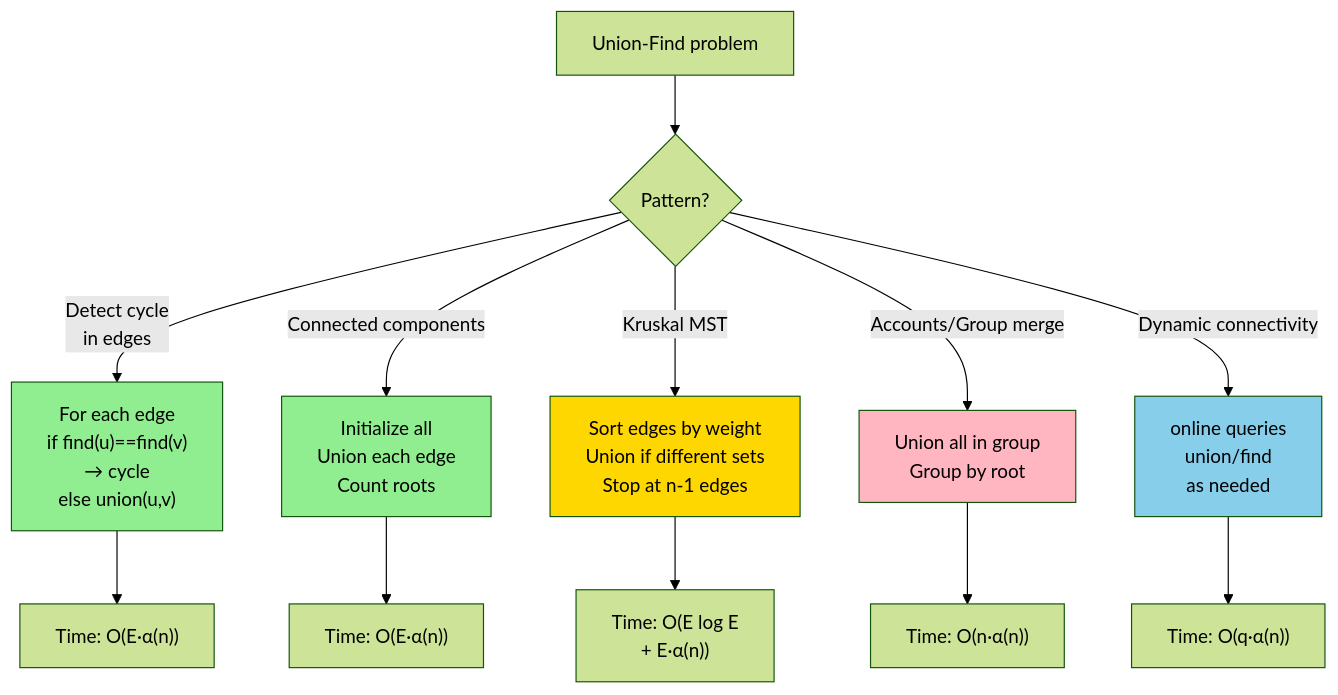
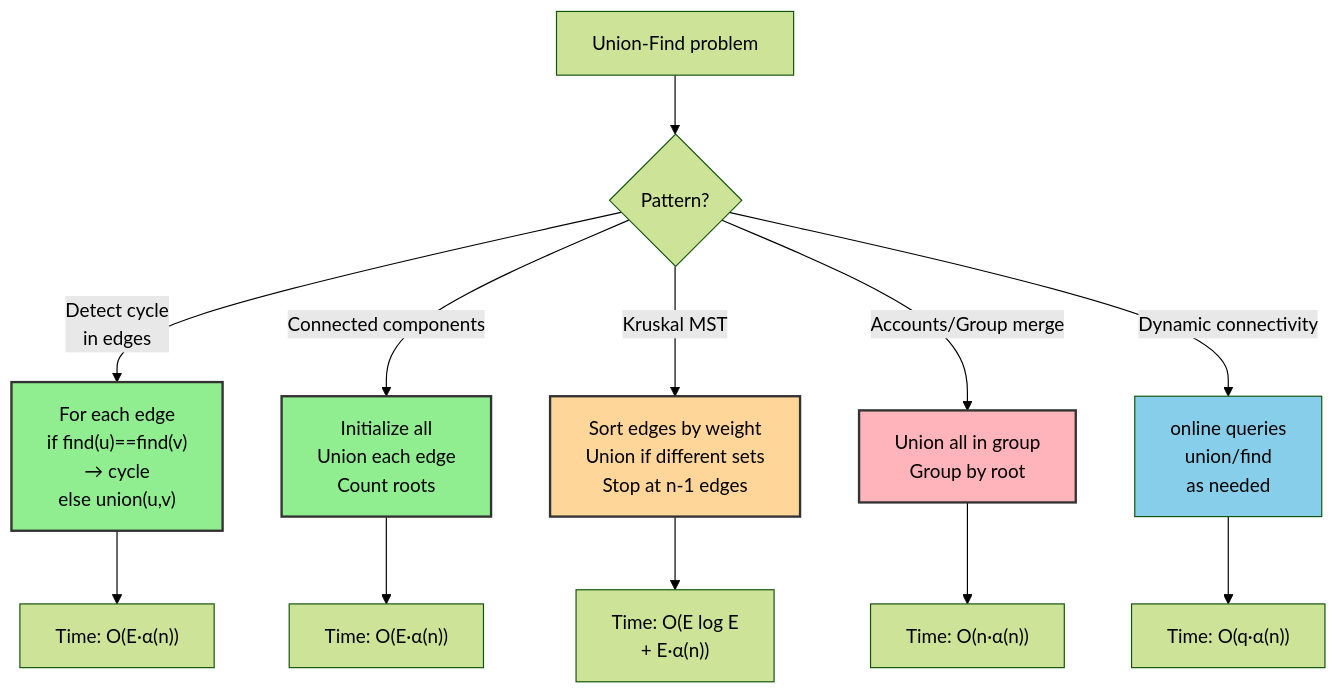
The fourth of 4 diagrams in docs/advanced/union_find.md (souradeepta/interviewprep), drawn with Mermaid (forest theme) before and after one commit. The commit also changed other lines of this file and 31 other files, not shown here.

Commit message:
updated graphs

````diff
--- a/docs/advanced/union_find.md
+++ b/docs/advanced/union_find.md
@@ -95,26 +95,26 @@
 ```mermaid
 graph TD
     A["Union-Find problem"] --> B{"Pattern?"}
     
     B -->|Detect cycle<br/>in edges| C["For each edge<br/>if find(u)==find(v)<br/>→ cycle<br/>else union(u,v)"]
     
     B -->|Connected components| D["Initialize all<br/>Union each edge<br/>Count roots"]
     
     B -->|Kruskal MST| E["Sort edges by weight<br/>Union if different sets<br/>Stop at n-1 edges"]
     
     B -->|Accounts/Group merge| F["Union all in group<br/>Group by root"]
     
     B -->|Dynamic connectivity| G["online queries<br/>union/find<br/>as needed"]
     
     C --> C1["Time: O(E·α(n))"]
     D --> D1["Time: O(E·α(n))"]
     E --> E1["Time: O(E log E<br/>+ E·α(n))"]
     F --> F1["Time: O(n·α(n))"]
     G --> G1["Time: O(q·α(n))"]
     
-    style C fill:#90EE90
-    style D fill:#90EE90
-    style E fill:#FFD700
-    style F fill:#FFB6C1
+    style C fill:#90ee90,color:#000,stroke:#333,stroke-width:2px
+    style D fill:#90ee90,color:#000,stroke:#333,stroke-width:2px
+    style E fill:#ffd699,color:#000,stroke:#333,stroke-width:2px
+    style F fill:#ffb3ba,color:#000,stroke:#333,stroke-width:2px
     style G fill:#87CEEB
 ```
````
